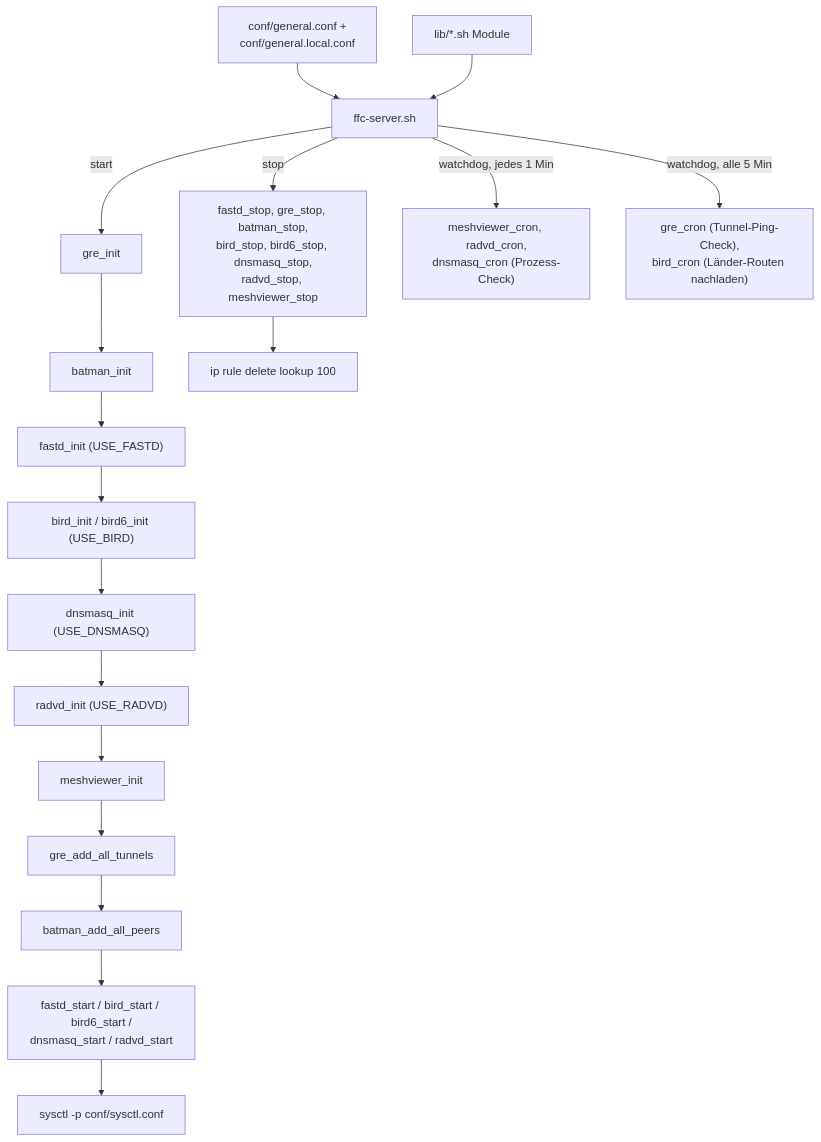
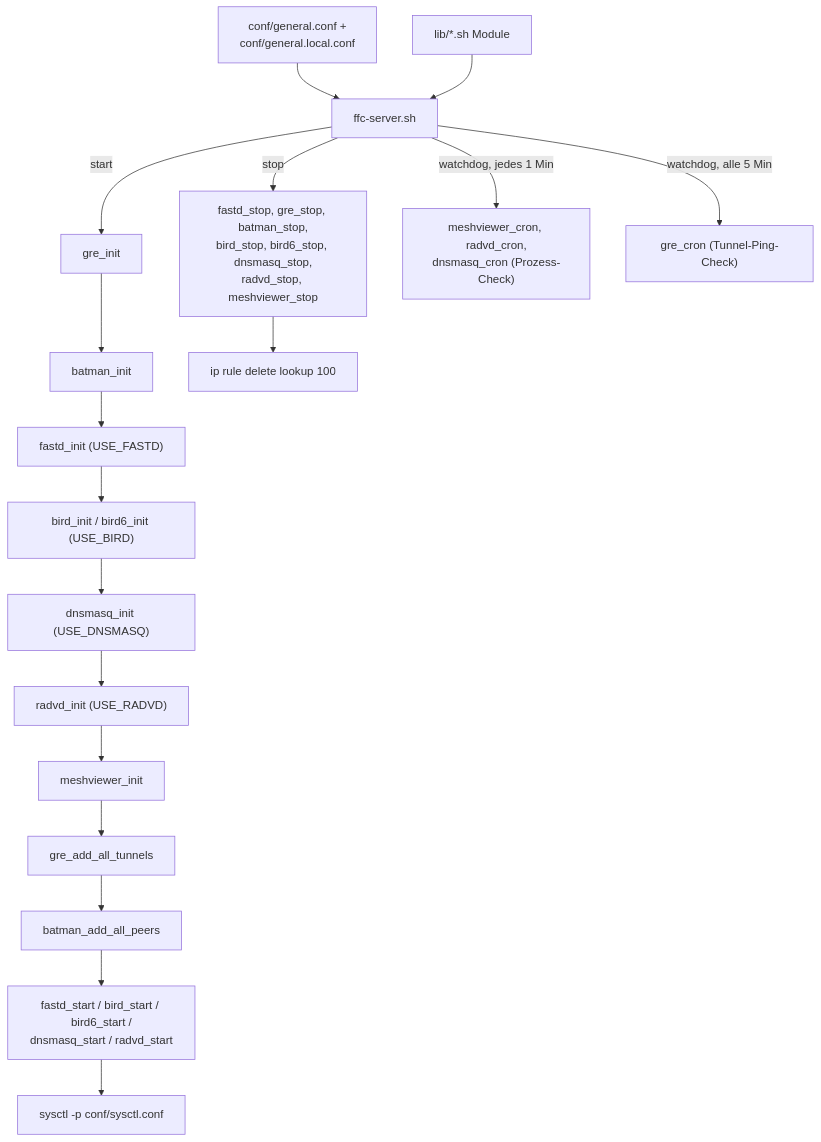
One commit to FreifunkChemnitz/server-scripts changed the diagram in docs/architektur.md. Above: the diagram before and after it, drawn with Mermaid. The commit also changed other lines of this file and 11 other files, not shown here.

````diff
--- a/docs/architektur.md
+++ b/docs/architektur.md
@@ -40,22 +41,22 @@
 ```mermaid
 flowchart TD
     conf["conf/general.conf +\nconf/general.local.conf"] --> ffc[ffc-server.sh]
     lib["lib/*.sh Module"] --> ffc
 
     ffc -->|start| gre_i[gre_init] --> bat_i[batman_init]
     bat_i --> fastd_i["fastd_init (USE_FASTD)"]
     fastd_i --> bird_i["bird_init / bird6_init (USE_BIRD)"]
     bird_i --> dns_i["dnsmasq_init (USE_DNSMASQ)"]
     dns_i --> radvd_i["radvd_init (USE_RADVD)"]
     radvd_i --> mv_i[meshviewer_init]
     mv_i --> tunnels[gre_add_all_tunnels]
     tunnels --> peers[batman_add_all_peers]
     peers --> daemons["fastd_start / bird_start / bird6_start /\ndnsmasq_start / radvd_start"]
     daemons --> sysctl[sysctl -p conf/sysctl.conf]
 
     ffc -->|stop| stop["fastd_stop, gre_stop, batman_stop,\nbird_stop, bird6_stop, dnsmasq_stop,\nradvd_stop, meshviewer_stop"]
     stop --> rules[ip rule delete lookup 100]
 
     ffc -->|watchdog, jedes 1 Min| wd1["meshviewer_cron, radvd_cron,\ndnsmasq_cron (Prozess-Check)"]
-    ffc -->|watchdog, alle 5 Min| wd2["gre_cron (Tunnel-Ping-Check),\nbird_cron (Länder-Routen nachladen)"]
+    ffc -->|watchdog, alle 5 Min| wd2["gre_cron (Tunnel-Ping-Check)"]
 ```
````
